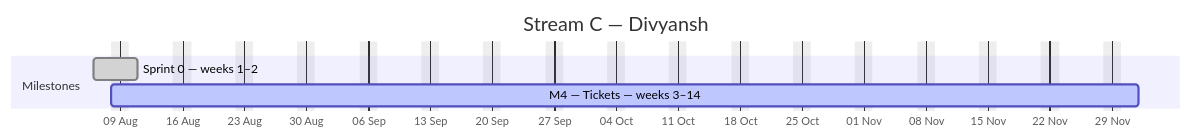
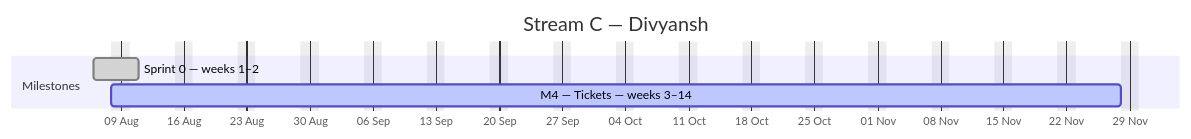
The third of 4 diagrams in docs/plan/GANTT.md (debashisedunext/EduTrack), drawn with Mermaid before and after one commit. The commit also changed other lines of this file and 3 other files, not shown here.

````diff
--- a/docs/plan/GANTT.md
+++ b/docs/plan/GANTT.md
@@ -155,10 +155,10 @@
 ```mermaid
 gantt
     dateFormat YYYY-MM-DD
     axisFormat %d %b
     title Stream C — Divyansh
     excludes weekends
     section Milestones
     Sprint 0 — weeks 1–2 :done, c0, 2026-08-06, 3d
-    M4 — Tickets — weeks 3–14 :active, c1, 2026-08-08, 83d
+    M4 — Tickets — weeks 3–14 :active, c1, 2026-08-08, 81d
 ```
````
